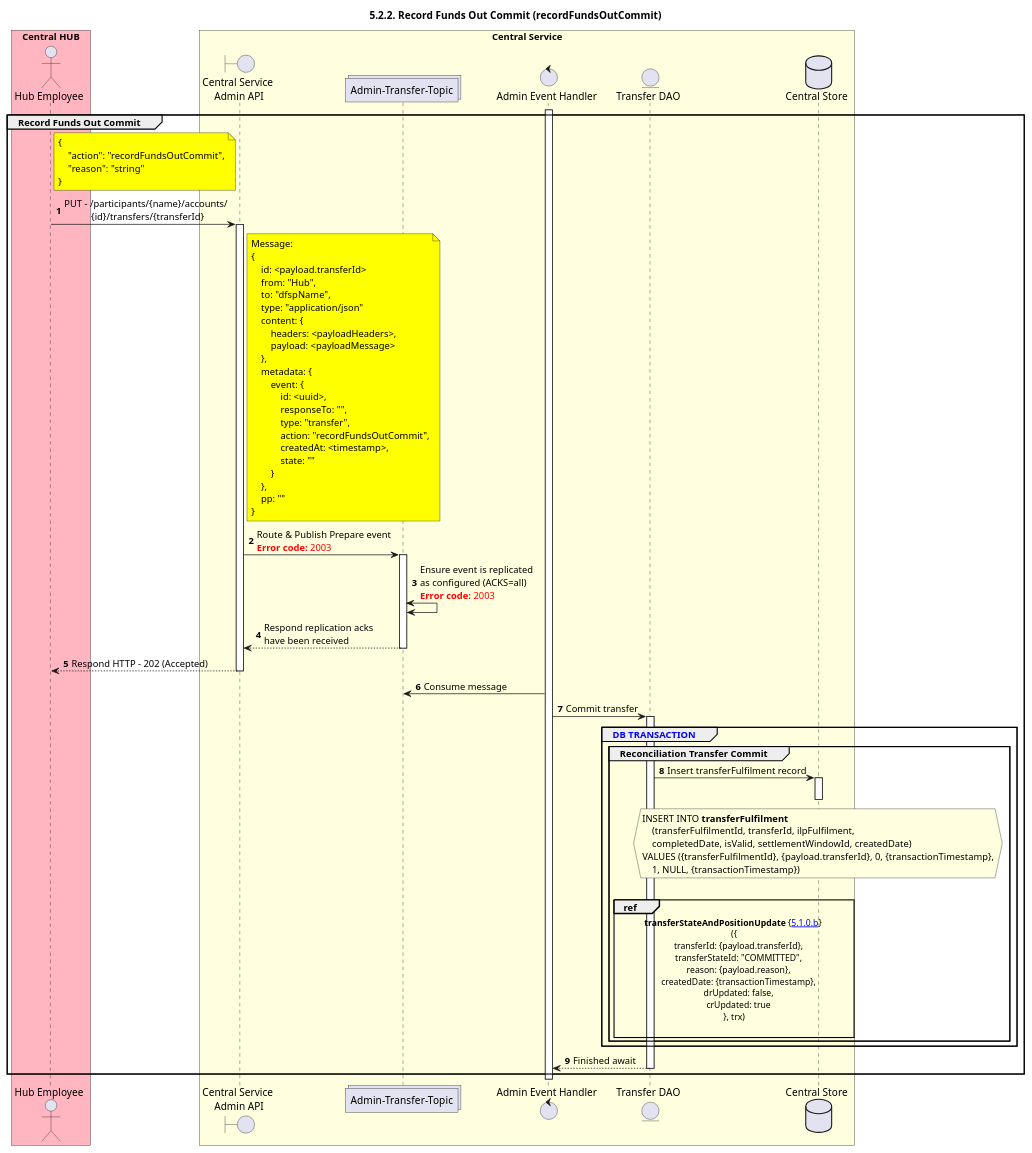
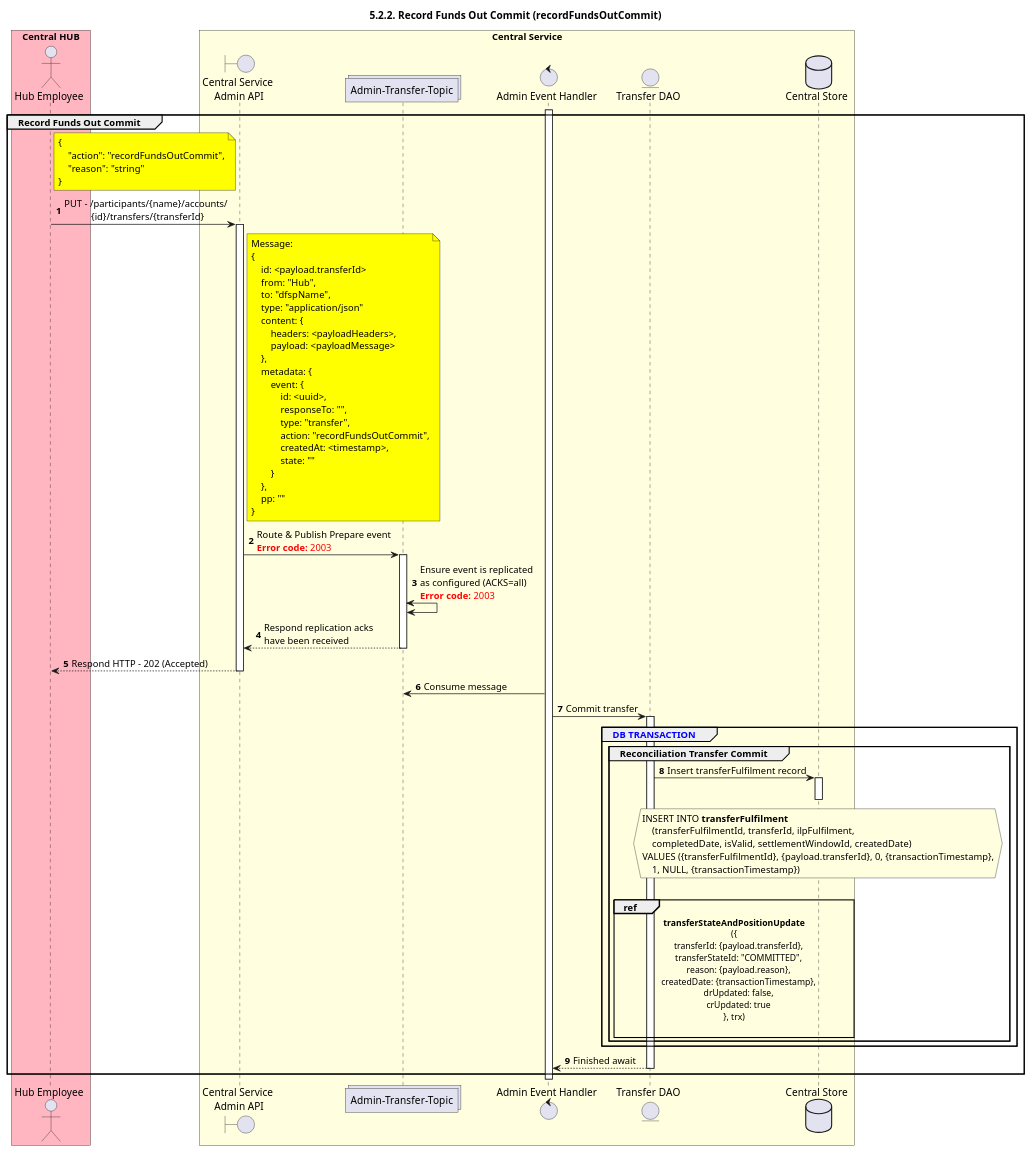
The diagram in mojaloop-technical-overview/central-settlements/funds-in-out/assets/diagrams/sequence/seq-recfunds-5.2.2-out-commit.plantuml (mojaloop/documentation), drawn with PlantUML before and after one commit. The commit also changed 23 other files, not shown here.

```diff
--- a/mojaloop-technical-overview/central-settlements/funds-in-out/assets/diagrams/sequence/seq-recfunds-5.2.2-out-commit.plantuml
+++ b/mojaloop-technical-overview/central-settlements/funds-in-out/assets/diagrams/sequence/seq-recfunds-5.2.2-out-commit.plantuml
@@ -25,101 +25,101 @@
 @startuml
 ' declate title
 title 5.2.2. Record Funds Out Commit (recordFundsOutCommit)
 
 autonumber
 
 ' Actor Keys:
 '   boundary - APIs/Interfaces, etc
 '   collections - Kafka Topics
 '   control - Kafka Consumers
 '   entity - Database Access Objects
 '   database - Database Persistance Store
 
 ' declare actors
 actor "Hub Employee" as OPERATOR
 boundary "Central Service\n Admin API" as CS_ADMIN_API
 collections "Admin-Transfer-Topic" as TOPIC_ADMIN_TRANSFER
 control "Admin Event Handler" as ADMIN_HANDLER
 entity "Transfer DAO" as TRANSFER_DAO
 database "Central Store" as DB
 
 box "Central HUB" #lightpink
     participant OPERATOR
 end box
 
 box "Central Service" #LightYellow
     participant CS_ADMIN_API
 	participant TOPIC_ADMIN_TRANSFER
     participant ADMIN_HANDLER
     participant TRANSFER_DAO
     participant DB
 end box
 
 ' start flow
 activate ADMIN_HANDLER
 group Record Funds Out Commit
     note right of OPERATOR #yellow
         {
             "action": "recordFundsOutCommit",
             "reason": "string"
         }
     end note
     OPERATOR -> CS_ADMIN_API: PUT - /participants/{name}/accounts/\n           {id}/transfers/{transferId}
     activate CS_ADMIN_API
 
     note right of CS_ADMIN_API #yellow
         Message:
         {
             id: <payload.transferId>
             from: "Hub",
             to: "dfspName",
             type: "application/json"
             content: {
                 headers: <payloadHeaders>,
                 payload: <payloadMessage>
             },
             metadata: {
                 event: {
                     id: <uuid>,
                     responseTo: "",
                     type: "transfer",
                     action: "recordFundsOutCommit",
                     createdAt: <timestamp>,
                     state: ""
                 }
             },
             pp: ""
         }
     end note
     CS_ADMIN_API -> TOPIC_ADMIN_TRANSFER: Route & Publish Prepare event\n<color #FF0000><b>Error code:</b> 2003</color>
     activate TOPIC_ADMIN_TRANSFER
     TOPIC_ADMIN_TRANSFER <-> TOPIC_ADMIN_TRANSFER: Ensure event is replicated\nas configured (ACKS=all)\n<color #FF0000><b>Error code:</b> 2003</color>
     TOPIC_ADMIN_TRANSFER --> CS_ADMIN_API: Respond replication acks\nhave been received
     deactivate TOPIC_ADMIN_TRANSFER
     CS_ADMIN_API ---> OPERATOR: Respond HTTP - 202 (Accepted)
     deactivate CS_ADMIN_API
 
     TOPIC_ADMIN_TRANSFER <- ADMIN_HANDLER: Consume message
     ADMIN_HANDLER -> TRANSFER_DAO: Commit transfer
     activate TRANSFER_DAO
     group <color #blue>DB TRANSACTION</color>
         group Reconciliation Transfer Commit
             TRANSFER_DAO -> DB: Insert transferFulfilment record
             activate DB
             deactivate DB
             hnote over DB #lightyellow
                 INSERT INTO **transferFulfilment**
                     (transferFulfilmentId, transferId, ilpFulfilment,
                     completedDate, isValid, settlementWindowId, createdDate)
                 VALUES ({transferFulfilmentId}, {payload.transferId}, 0, {transactionTimestamp},
                     1, NULL, {transactionTimestamp})
             end hnote
             |||
-            ref over TRANSFER_DAO, DB:**transferStateAndPositionUpdate** {[[https://github.com/mojaloop/docs/blob/master/Diagrams/SequenceDiagrams/seq-recfunds-5.1.0.b-transferStateAndPositionUpdate.svg 5.1.0.b]]} \n({\n    transferId: {payload.transferId},\n    transferStateId: "COMMITTED",\n    reason: {payload.reason},\n    createdDate: {transactionTimestamp},\n    drUpdated: false,\n    crUpdated: true\n}, trx)\n
+            ref over TRANSFER_DAO, DB: **transferStateAndPositionUpdate**\n({\n    transferId: {payload.transferId},\n    transferStateId: "COMMITTED",\n    reason: {payload.reason},\n    createdDate: {transactionTimestamp},\n    drUpdated: false,\n    crUpdated: true\n}, trx)\n
         end
     end
     ADMIN_HANDLER <-- TRANSFER_DAO: Finished await
     deactivate TRANSFER_DAO
 end
 deactivate ADMIN_HANDLER
 @enduml
```
